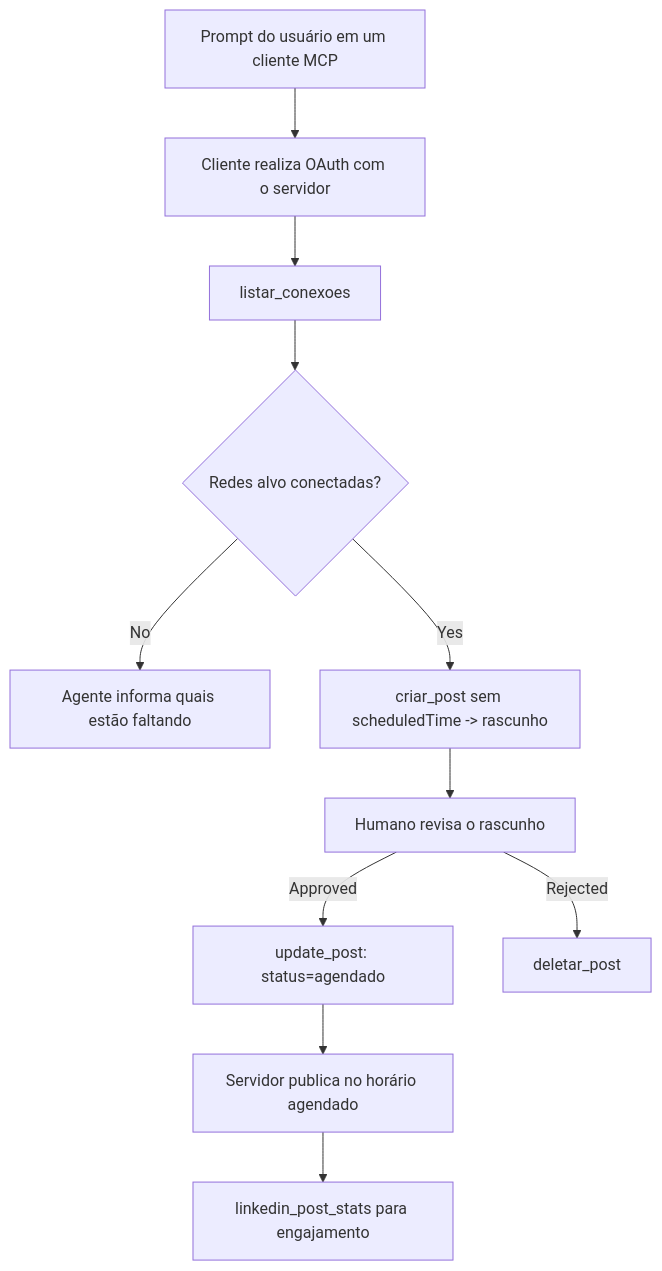
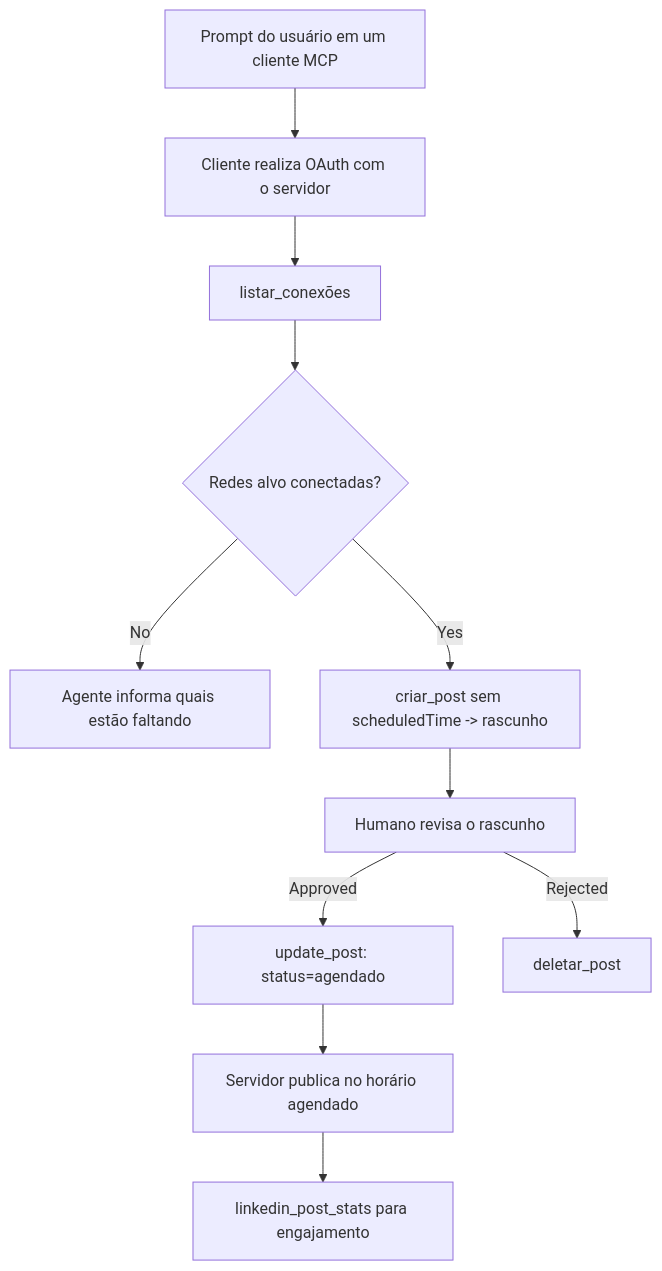
The diagram in translations/pt-BR/09-CaseStudy/publora-social-publishing.md (microsoft/mcp-for-beginners), drawn with Mermaid before and after one commit. The commit also changed other lines of this file and 129 other files, not shown here.

````diff
--- a/translations/pt-BR/09-CaseStudy/publora-social-publishing.md
+++ b/translations/pt-BR/09-CaseStudy/publora-social-publishing.md
@@ -47,13 +47,13 @@
 ```mermaid
 flowchart TD
     A[Prompt do usuário em um cliente MCP] --> B[Cliente realiza OAuth com o servidor]
-    B --> C[listar_conexoes]
+    B --> C[listar_conexões]
     C --> D{Redes alvo conectadas?}
     D -- No --> E[Agente informa quais estão faltando]
     D -- Yes --> F[criar_post sem scheduledTime -> rascunho]
     F --> G[Humano revisa o rascunho]
     G -- Approved --> H[update_post: status=agendado]
     G -- Rejected --> I[deletar_post]
     H --> J[Servidor publica no horário agendado]
     J --> K[linkedin_post_stats para engajamento]
 ```
````
